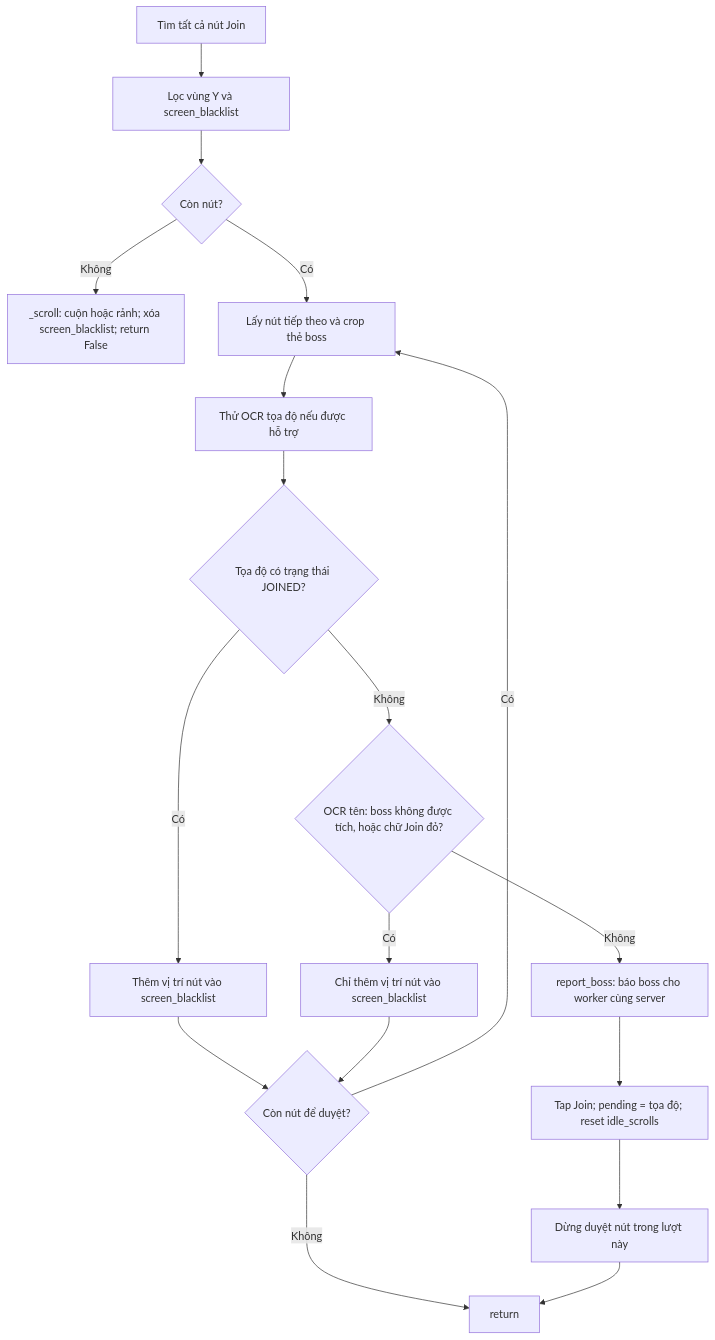
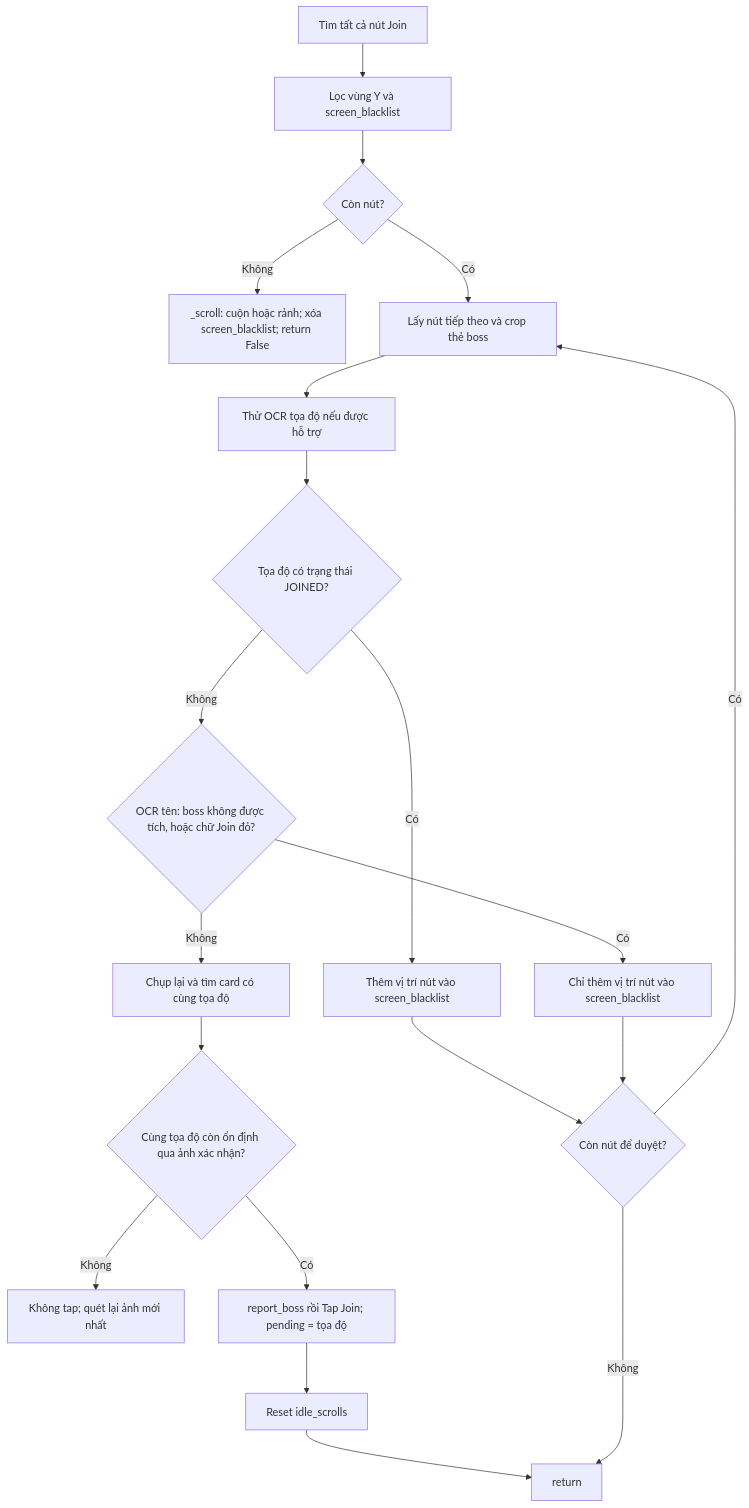
One commit to Hoangkz/EvonyBot changed the second of 2 diagrams in bot/activities/join_monster_war/FLOW.md. Above: the diagram before and after it, drawn with Mermaid. The commit also changed other lines of this file and 18 other files, not shown here.

````diff
--- a/bot/activities/join_monster_war/FLOW.md
+++ b/bot/activities/join_monster_war/FLOW.md
@@ -95,20 +95,22 @@
 ```mermaid
 flowchart TD
     A[Tìm tất cả nút Join] --> B[Lọc vùng Y và screen_blacklist]
     B --> C{Còn nút?}
     C -->|Không| D[_scroll: cuộn hoặc rảnh; xóa screen_blacklist; return False]
     C -->|Có| E[Lấy nút tiếp theo và crop thẻ boss]
     E --> F[Thử OCR tọa độ nếu được hỗ trợ]
     F --> G{Tọa độ có trạng thái JOINED?}
     G -->|Có| H[Thêm vị trí nút vào screen_blacklist]
     G -->|Không| I{OCR tên: boss không được tích, hoặc chữ Join đỏ?}
     I -->|Có| J[Chỉ thêm vị trí nút vào screen_blacklist]
-    I -->|Không| K[report_boss: báo boss cho worker cùng server]
-    K --> L[Tap Join; pending = tọa độ; reset idle_scrolls]
-    L --> M[Dừng duyệt nút trong lượt này]
+    I -->|Không| K[Chụp lại và tìm card có cùng tọa độ]
+    K --> L{Cùng tọa độ còn ổn định qua ảnh xác nhận?}
+    L -->|Không| P[Không tap; quét lại ảnh mới nhất]
+    L -->|Có| Q[report_boss rồi Tap Join; pending = tọa độ]
+    Q --> M[Reset idle_scrolls]
+    M --> O
     H --> N{Còn nút để duyệt?}
     J --> N
     N -->|Có| E
     N -->|Không| O[return]
-    M --> O
 ```
````
